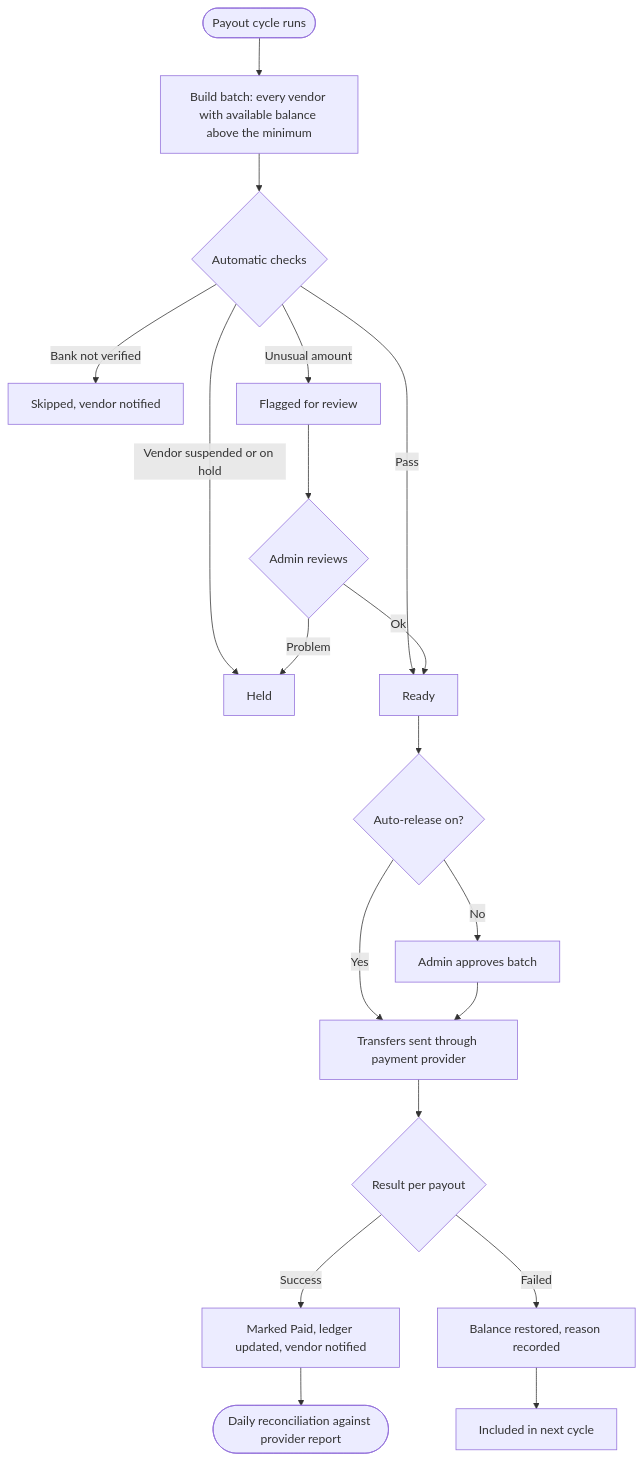
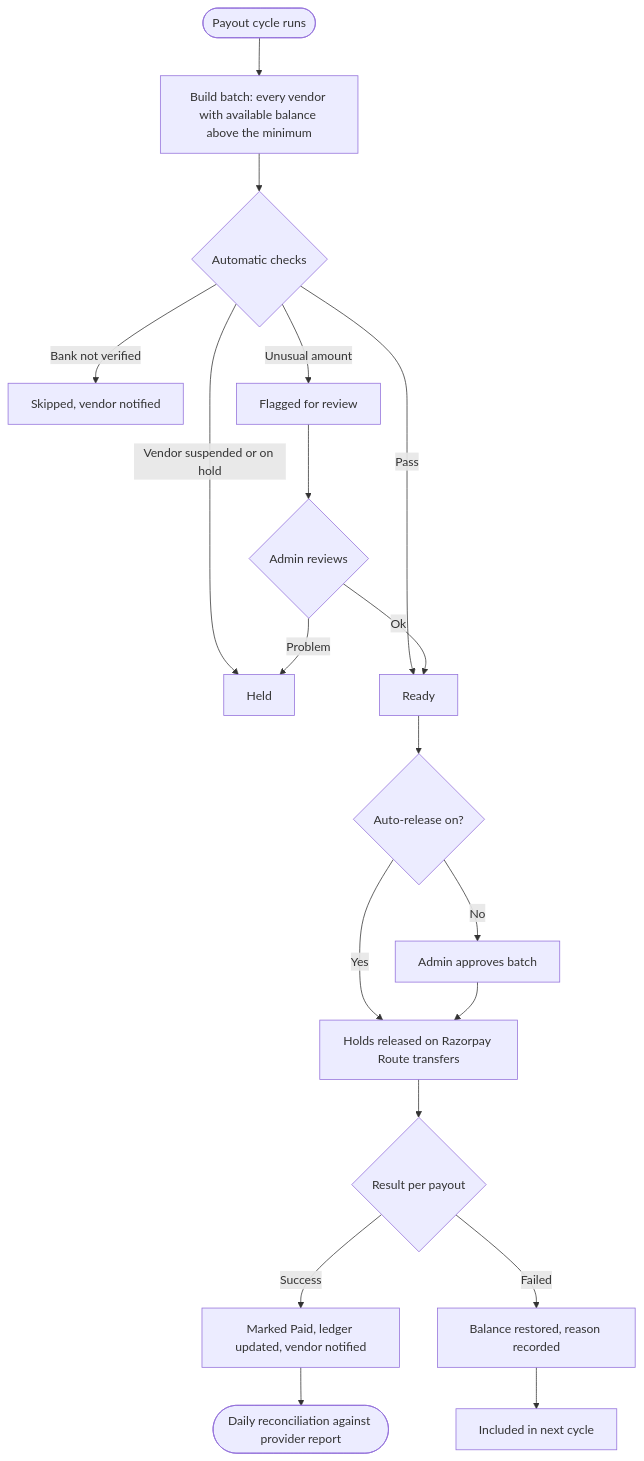
The diagram in docs/flows/admin/payouts.md (Armaan42/HyperLocal), drawn with Mermaid before and after one commit. The commit also changed 12 other files, not shown here.

````diff
--- a/docs/flows/admin/payouts.md
+++ b/docs/flows/admin/payouts.md
@@ -10,21 +10,21 @@
 ```mermaid
 flowchart TD
     cycle([Payout cycle runs]) --> build["Build batch: every vendor with available balance above the minimum"]
     build --> checks{Automatic checks}
     checks -->|Bank not verified| skip[Skipped, vendor notified]
     checks -->|Vendor suspended or on hold| hold[Held]
     checks -->|Unusual amount| flag[Flagged for review]
     checks -->|Pass| ready[Ready]
     flag --> review{Admin reviews}
     review -->|Ok| ready
     review -->|Problem| hold
     ready --> approve{Auto-release on?}
     approve -->|Yes| send
     approve -->|No| manual[Admin approves batch]
-    manual --> send[Transfers sent through payment provider]
+    manual --> send[Holds released on Razorpay Route transfers]
     send --> result{Result per payout}
     result -->|Success| paid[Marked Paid, ledger updated, vendor notified]
     result -->|Failed| failed[Balance restored, reason recorded]
     failed --> retry[Included in next cycle]
     paid --> reconcile([Daily reconciliation against provider report])
 ```
````
